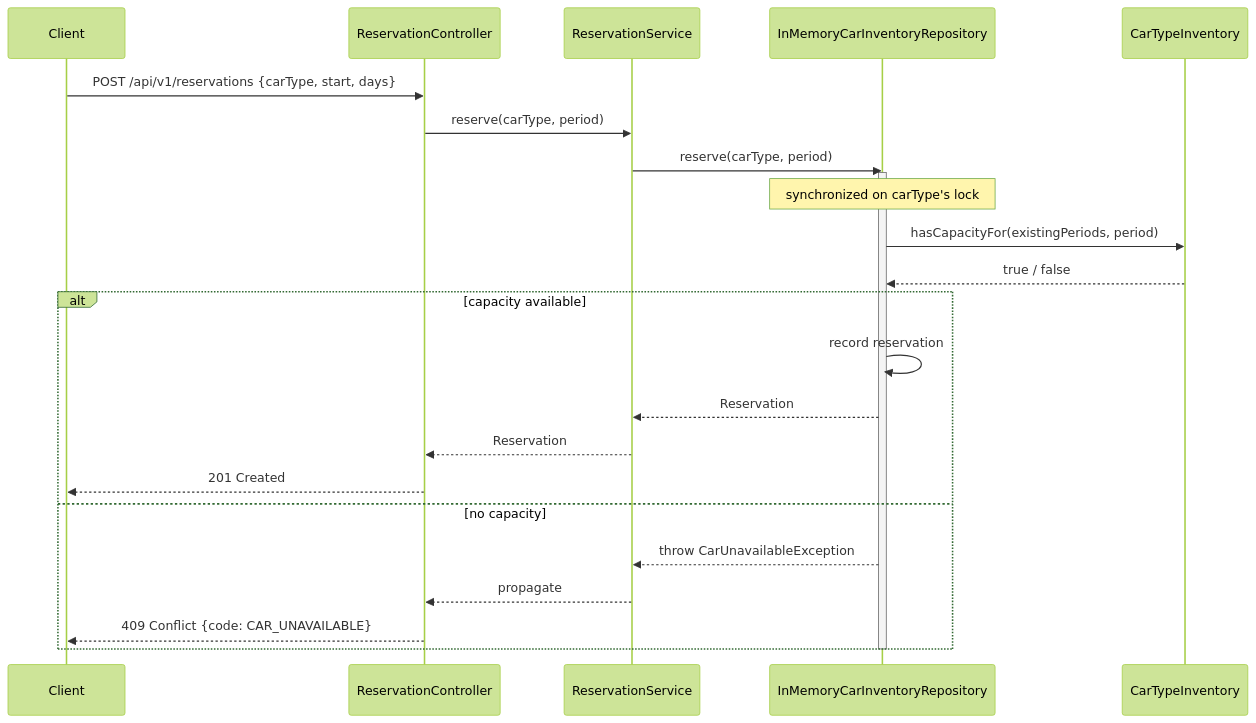
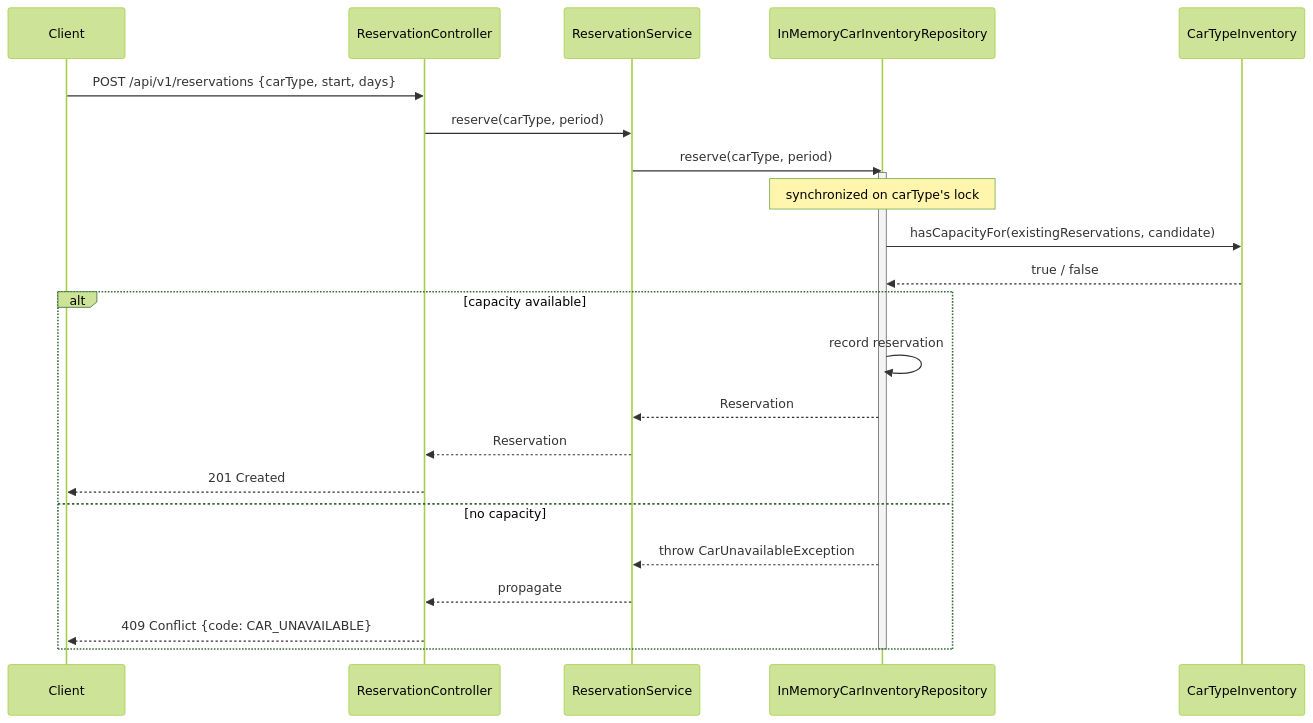
One commit to cleankod/car-rental changed the second of 3 diagrams in docs/architecture.md. Above: the diagram before and after it, drawn with Mermaid (forest theme). The commit also changed other lines of this file and 4 other files, not shown here.

First line of the commit message:
refactor: check allocation capacity against Reservations via Reservation.overlaps

````diff
--- a/docs/architecture.md
+++ b/docs/architecture.md
@@ -43,27 +43,27 @@
 ```mermaid
 sequenceDiagram
     participant C as Client
     participant RC as ReservationController
     participant RS as ReservationService
     participant Repo as InMemoryCarInventoryRepository
     participant Inv as CarTypeInventory
 
     C->>RC: POST /api/v1/reservations {carType, start, days}
     RC->>RS: reserve(carType, period)
     RS->>Repo: reserve(carType, period)
     activate Repo
     Note over Repo: synchronized on carType's lock
-    Repo->>Inv: hasCapacityFor(existingPeriods, period)
+    Repo->>Inv: hasCapacityFor(existingReservations, candidate)
     Inv-->>Repo: true / false
     alt capacity available
         Repo->>Repo: record reservation
         Repo-->>RS: Reservation
         RS-->>RC: Reservation
         RC-->>C: 201 Created
     else no capacity
         Repo-->>RS: throw CarUnavailableException
         RS-->>RC: propagate
         RC-->>C: 409 Conflict {code: CAR_UNAVAILABLE}
     end
     deactivate Repo
 ```
````
